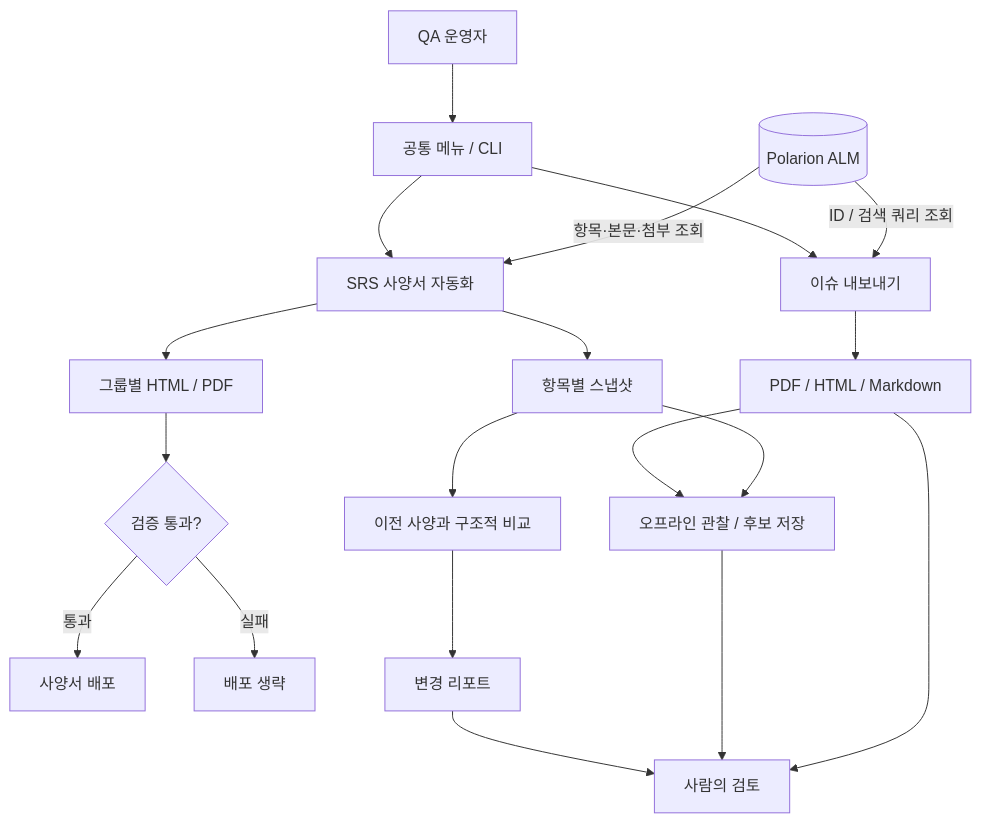
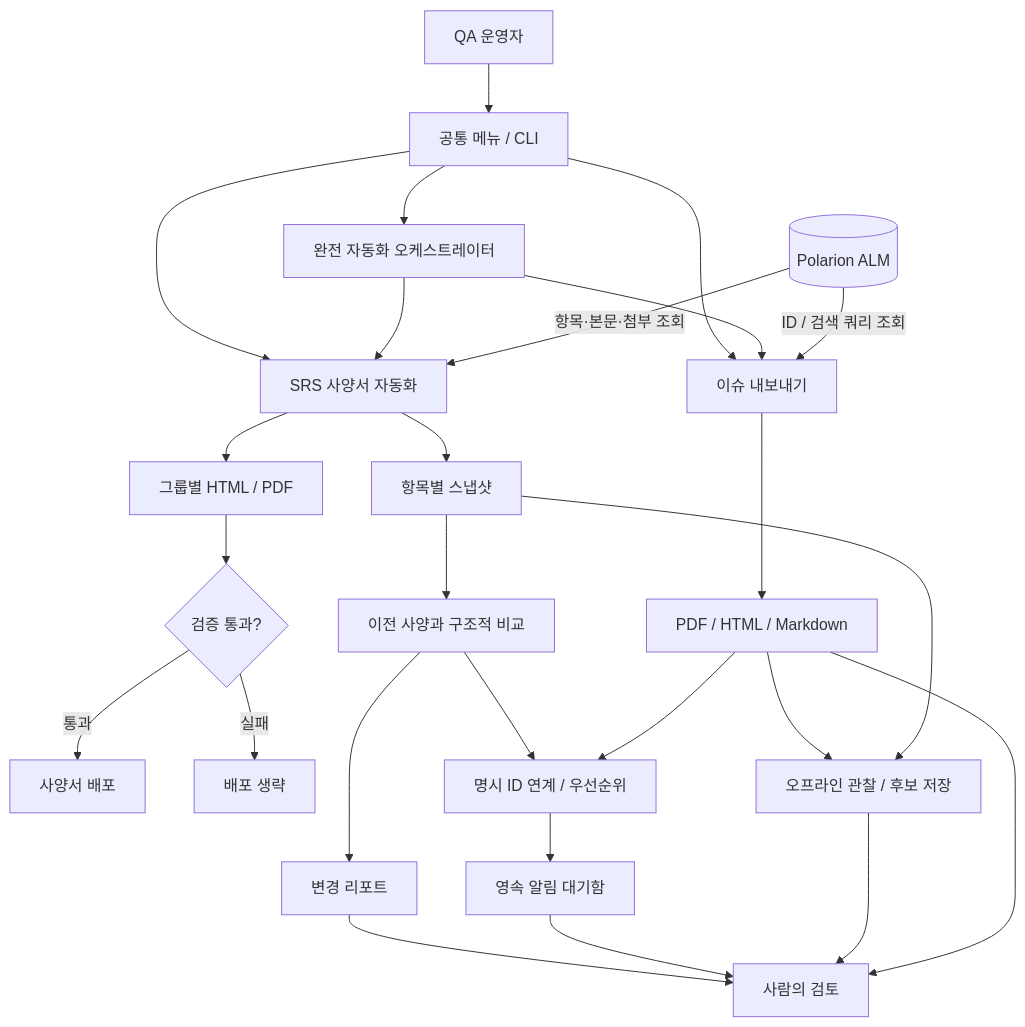
One commit to hongmin3/ALM-QA-Automation changed the diagram in README.md. Above: the diagram before and after it, drawn with Mermaid. The commit also changed other lines of this file and 5 other files, not shown here.

````diff
--- a/README.md
+++ b/README.md
@@ -27,21 +28,28 @@
 ```mermaid
 flowchart TD
     User[QA 운영자] --> Launcher[공통 메뉴 / CLI]
+    Launcher --> Auto[완전 자동화 오케스트레이터]
     Launcher --> SRS[SRS 사양서 자동화]
     Launcher --> Issues[이슈 내보내기]
+    Auto --> SRS
+    Auto --> Issues
     ALM[(Polarion ALM)] -->|항목·본문·첨부 조회| SRS
     ALM -->|ID / 검색 쿼리 조회| Issues
     SRS --> Snapshot[항목별 스냅샷]
     Snapshot --> Diff[이전 사양과 구조적 비교]
     SRS --> PDF[그룹별 HTML / PDF]
     PDF --> Gate{검증 통과?}
     Gate -->|통과| Publish[사양서 배포]
     Gate -->|실패| Hold[배포 생략]
     Diff --> Report[변경 리포트]
     Issues --> Export[PDF / HTML / Markdown]
     Report --> Reviewer[사람의 검토]
     Export --> Observe[오프라인 관찰 / 후보 저장]
     Snapshot --> Observe
+    Diff --> Correlate[명시 ID 연계 / 우선순위]
+    Export --> Correlate
+    Correlate --> Outbox[영속 알림 대기함]
+    Outbox --> Reviewer
     Observe --> Reviewer
     Export --> Reviewer
 ```
````
